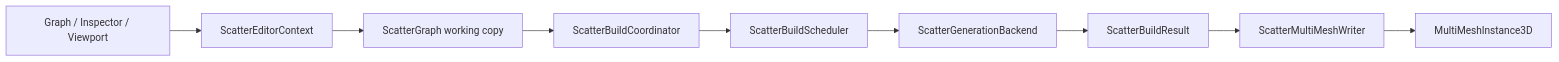
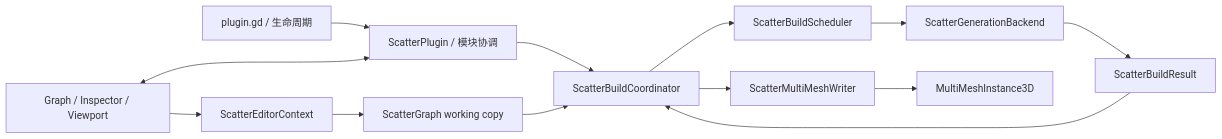
The diagram in docs/ARCHITECTURE.md (xiaowangxu/godot-scatter-plugin), drawn with Mermaid before and after one commit. The commit also changed other lines of this file and 5 other files, not shown here.

Commit message:
feat: 添加 ScatterPlugin 类以协调插件组件，重构 plugin.gd 以简化生命周期管理

````diff
--- a/docs/ARCHITECTURE.md
+++ b/docs/ARCHITECTURE.md
@@ -51,11 +53,15 @@
 ```mermaid
 flowchart LR
-    UI["Graph / Inspector / Viewport"] --> EC["ScatterEditorContext"]
+    ENTRY["plugin.gd / 生命周期"] --> APP["ScatterPlugin / 模块协调"]
+    UI["Graph / Inspector / Viewport"] <--> APP
+    UI --> EC["ScatterEditorContext"]
     EC --> G["ScatterGraph working copy"]
+    APP --> C["ScatterBuildCoordinator"]
     G --> C["ScatterBuildCoordinator"]
     C --> S["ScatterBuildScheduler"]
     S --> B["ScatterGenerationBackend"]
     B --> R["ScatterBuildResult"]
-    R --> W["ScatterMultiMeshWriter"]
+    R --> C
+    C --> W["ScatterMultiMeshWriter"]
     W --> M["MultiMeshInstance3D"]
 ```
````
